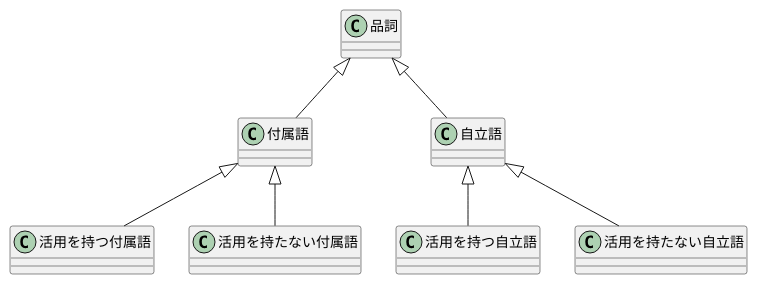
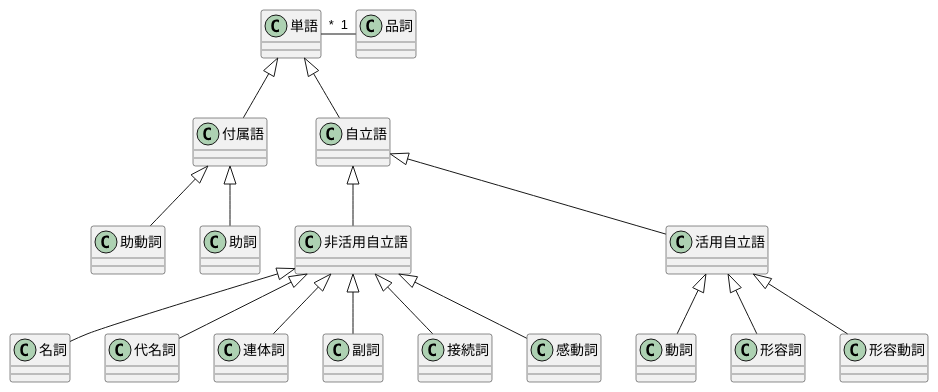
Before and after one commit to yinm/uml-modeling-lesson: the diagram in ch14/excercise/14-1.puml, drawn with PlantUML. The commit also changed 2 other files, not shown here.

```diff
--- a/ch14/excercise/14-1.puml
+++ b/ch14/excercise/14-1.puml
@@ -1,18 +1,39 @@
 @startuml
 
+class 単語
 class 品詞
 class 自立語
 class 付属語
-class 活用を持つ自立語
-class 活用を持たない自立語
-class 活用を持つ付属語
-class 活用を持たない付属語
+class 活用自立語
+class 非活用自立語
+class 動詞
+class 形容詞
+class 形容動詞
+class 名詞
+class 代名詞
+class 連体詞
+class 副詞
+class 接続詞
+class 感動詞
+class 助動詞
+class 助詞
 
-自立語 -u-|> 品詞
-付属語 -u-|> 品詞
-活用を持つ自立語 -u-|> 自立語
-活用を持たない自立語 -u-|> 自立語
-活用を持つ付属語 -u-|> 付属語
-活用を持たない付属語 -u-|> 付属語
+
+単語 "*"-r-"1" 品詞
+自立語 -u-|> 単語
+付属語 -u-|> 単語
+活用自立語 -u-|> 自立語
+非活用自立語 -u-|> 自立語
+動詞 -u-|> 活用自立語
+形容詞 -u-|> 活用自立語
+形容動詞 -u-|> 活用自立語
+名詞 -u-|> 非活用自立語
+代名詞 -u-|> 非活用自立語
+連体詞 -u-|> 非活用自立語
+副詞 -u-|> 非活用自立語
+接続詞 -u-|> 非活用自立語
+感動詞 -u-|> 非活用自立語
+助動詞 -u-|> 付属語
+助詞 -u-|> 付属語
 
 @enduml
```
